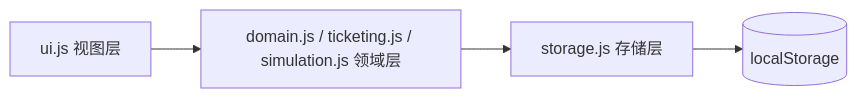
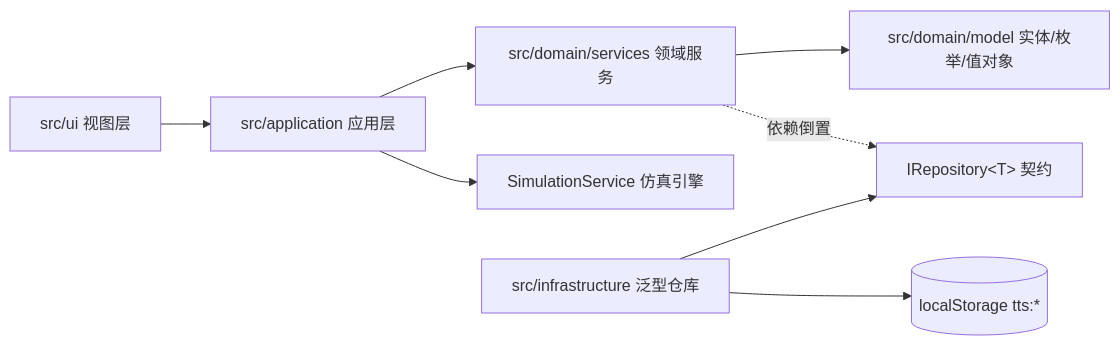
One commit to AFewMoon/train-ticket-sales-simulation changed the diagram in README.md. Above: the diagram before and after it, drawn with Mermaid. The commit also changed other lines of this file and 52 other files, not shown here.

````diff
--- a/README.md
+++ b/README.md
@@ -86,6 +103,10 @@
 ```mermaid
 flowchart LR
-    UI[ui.js 视图层] --> BIZ[domain.js / ticketing.js / simulation.js 领域层]
-    BIZ --> STORE[storage.js 存储层]
-    STORE --> LS[(localStorage)]
+    UI[src/ui 视图层] --> APP[src/application 应用层]
+    APP --> SVC[src/domain/services 领域服务]
+    SVC --> VO[src/domain/model 实体/枚举/值对象]
+    APP --> SIM[SimulationService 仿真引擎]
+    SVC -.依赖倒置.-> IREP[IRepository&lt;T&gt; 契约]
+    REPO[src/infrastructure 泛型仓库] --> IREP
+    REPO --> LS[(localStorage tts:*)]
 ```
````
